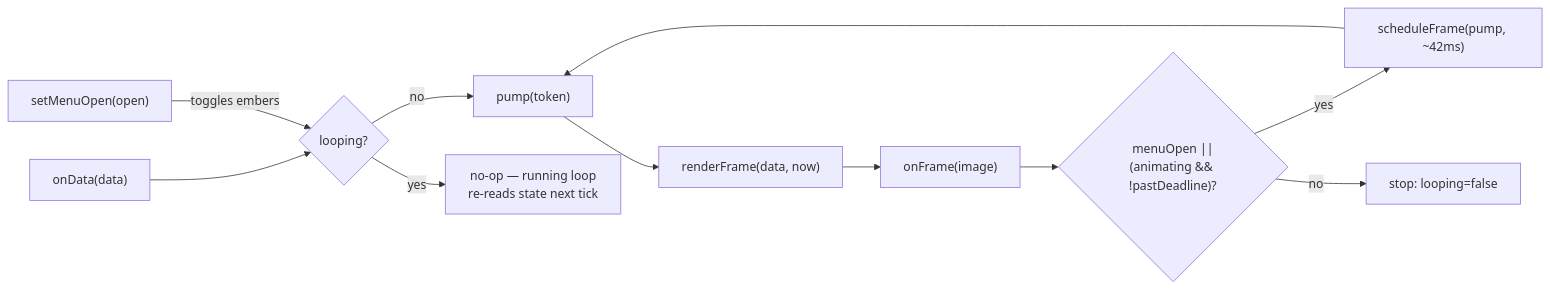
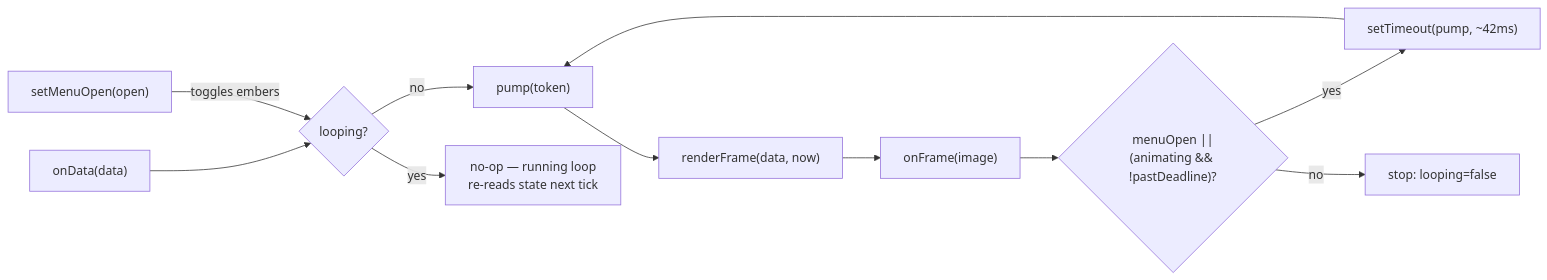
One commit to tangentlin/burnbar changed the diagram in docs/modules/card-animator.md. Above: the diagram before and after it, drawn with Mermaid. The commit also changed other lines of this file and 3 other files, not shown here.

````diff
--- a/docs/modules/card-animator.md
+++ b/docs/modules/card-animator.md
@@ -38,13 +39,13 @@
 ```mermaid
 flowchart LR
     onData["onData(data)"] --> ensureLoop
     setMenuOpen["setMenuOpen(open)"] -->|toggles embers| ensureLoop
     ensureLoop{"looping?"} -->|no| pump["pump(token)"]
     ensureLoop -->|yes| noop["no-op — running loop\nre-reads state next tick"]
     pump --> render["renderFrame(data, now)"]
     render --> onFrame["onFrame(image)"]
     onFrame --> decide{"menuOpen ||\n(animating && !pastDeadline)?"}
-    decide -->|yes| schedule["scheduleFrame(pump, ~42ms)"]
+    decide -->|yes| schedule["setTimeout(pump, ~42ms)"]
     decide -->|no| stop["stop: looping=false"]
     schedule --> pump
 ```
````
